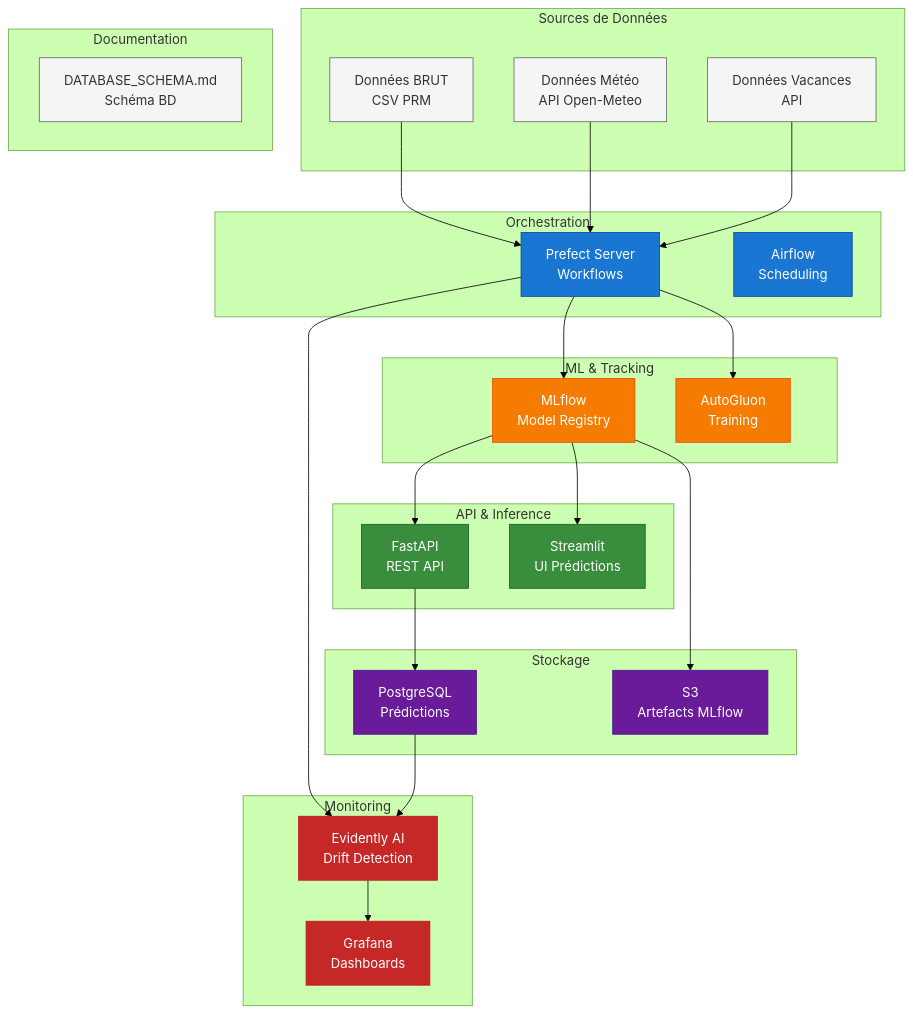
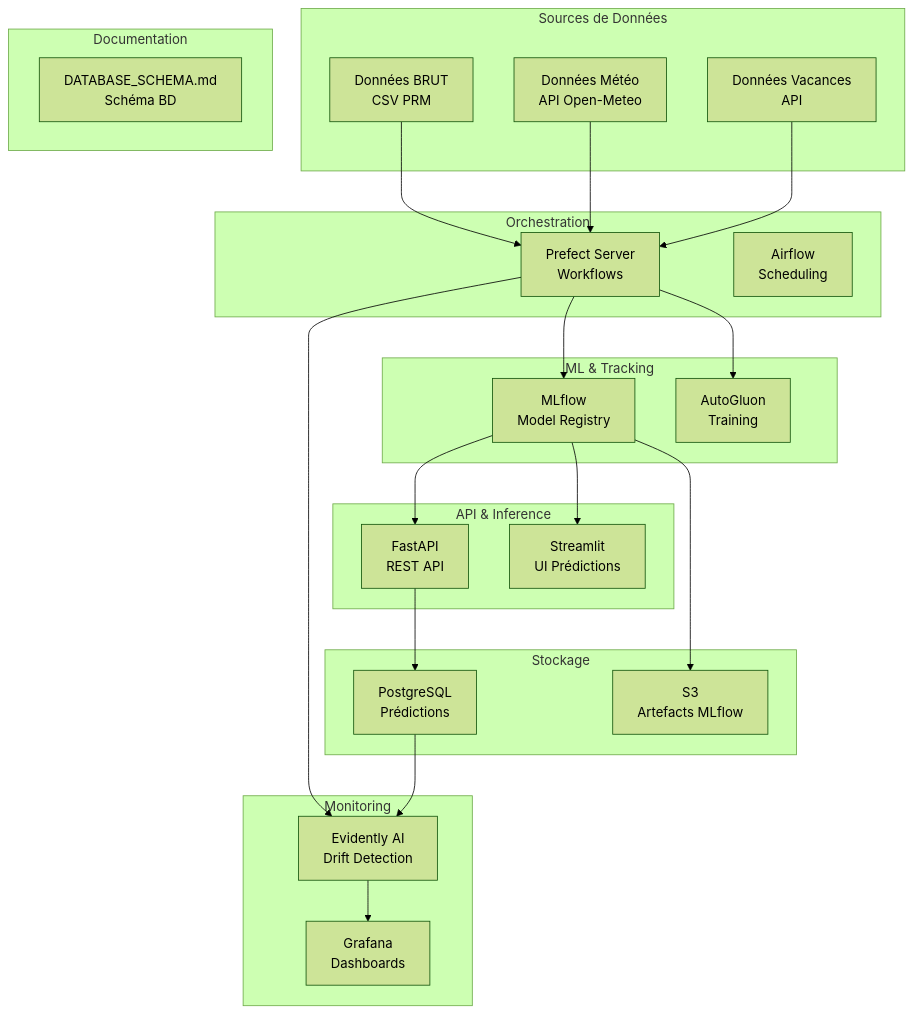
Before and after one commit to jinsudai/jinsudai: the first of 21 diagrams in docs/ARCHITECTURE_MLOPS.md, drawn with Mermaid (forest theme). The commit also changed other lines of this file, not shown here.

````diff
--- a/docs/ARCHITECTURE_MLOPS.md
+++ b/docs/ARCHITECTURE_MLOPS.md
@@ -19,63 +19,52 @@
 ```mermaid
 graph TB
-    classDef orchestration fill:#1976D2,stroke:#0D47A1,color:#fff
-    classDef ml fill:#F57C00,stroke:#E65100,color:#fff
-    classDef api fill:#388E3C,stroke:#1B5E20,color:#fff
-    classDef monitoring fill:#C62828,stroke:#B71C1C,color:#fff
-    classDef storage fill:#6A1B9A,stroke:#4A148C,color:#fff
-    classDef default fill:#f5f5f5,stroke:#666,color:#333
 
     subgraph "Sources de Données"
         A[Données BRUT<br/>CSV PRM]
         B[Données Météo<br/>API Open-Meteo]
         C[Données Vacances<br/>API]
     end
 
     subgraph "Orchestration"
         D[Prefect Server<br/>Workflows]
         E[Airflow<br/>Scheduling]
     end
 
     subgraph "ML & Tracking"
         F[MLflow<br/>Model Registry]
         G[AutoGluon<br/>Training]
     end
 
     subgraph "API & Inference"
         H[FastAPI<br/>REST API]
         I[Streamlit<br/>UI Prédictions]
     end
 
     subgraph "Monitoring"
         J[Evidently AI<br/>Drift Detection]
         K[Grafana<br/>Dashboards]
     end
 
     subgraph "Stockage"
         L[PostgreSQL<br/>Prédictions]
         M[S3<br/>Artefacts MLflow]
     end
 
     subgraph "Documentation"
         N[DATABASE_SCHEMA.md<br/>Schéma BD]
     end
 
     A --> D
     B --> D
     C --> D
     D --> F
     D --> G
     F --> H
     F --> I
     H --> L
     D --> J
     J --> K
     F --> M
     L --> J
 
-    class D,E orchestration
-    class F,G ml
-    class H,I api
-    class J,K monitoring
-    class L,M storage
 ```
````
